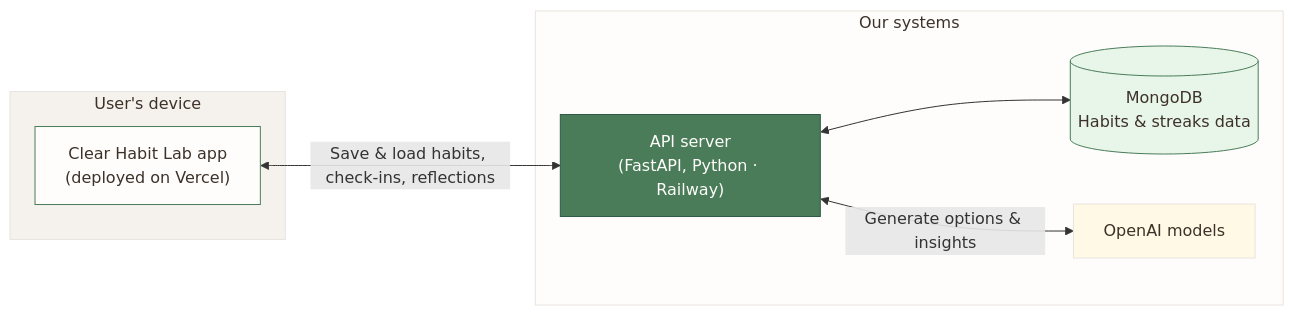
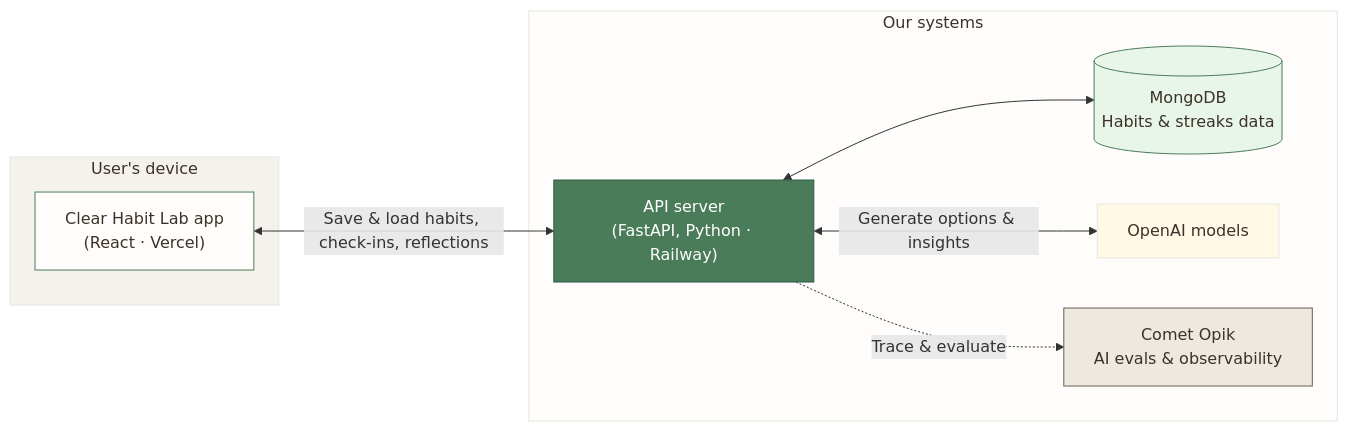
One commit to girisheduru/chlapp changed the third of 3 diagrams in docs/product-overview-diagram.md. Above: the diagram before and after it, drawn with Mermaid. The commit also changed other lines of this file, not shown here.

Commit message:
updated diagram with more comments

````diff
--- a/docs/product-overview-diagram.md
+++ b/docs/product-overview-diagram.md
@@ -97,23 +97,26 @@
 ```mermaid
 flowchart LR
   subgraph UserDevice["User's device"]
-    App["Clear Habit Lab app<br/>(deployed on Vercel)"]
+    App["Clear Habit Lab app<br/>(React · Vercel)"]
   end
 
   subgraph OurSystems["Our systems"]
     API["API server<br/>(FastAPI, Python · Railway)"]
     DB[(MongoDB<br/>Habits & streaks data)]
     AI[OpenAI models]
+    Opik["Comet Opik<br/>AI evals & observability"]
   end
 
   App <-->|"Save & load habits, check-ins, reflections"| API
   API <--> DB
   API <-->|"Generate options & insights"| AI
+  API -.->|"Trace & evaluate"| Opik
 
   style UserDevice fill:#F5F2ED,stroke:#E8E4DF,color:#3D3229
   style OurSystems fill:#FEFDFB,stroke:#E8E4DF,color:#3D3229
   style App fill:#FEFDFB,stroke:#4A7C59,color:#3D3229
   style API fill:#4A7C59,stroke:#2D5A45,color:#FEFDFB
   style DB fill:#E8F5E9,stroke:#4A7C59,color:#3D3229
   style AI fill:#FFF9E6,stroke:#E8E4DF,color:#3D3229
+  style Opik fill:#EDE8E0,stroke:#6B5D4D,color:#3D3229
 ```
````
